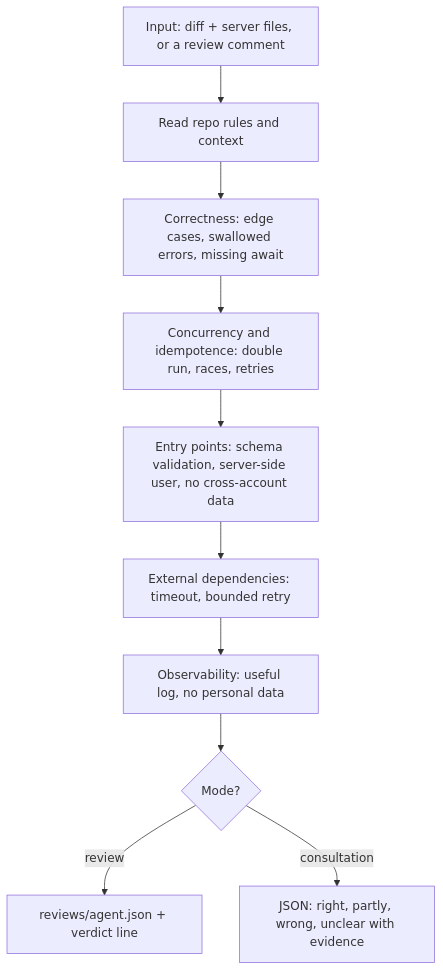
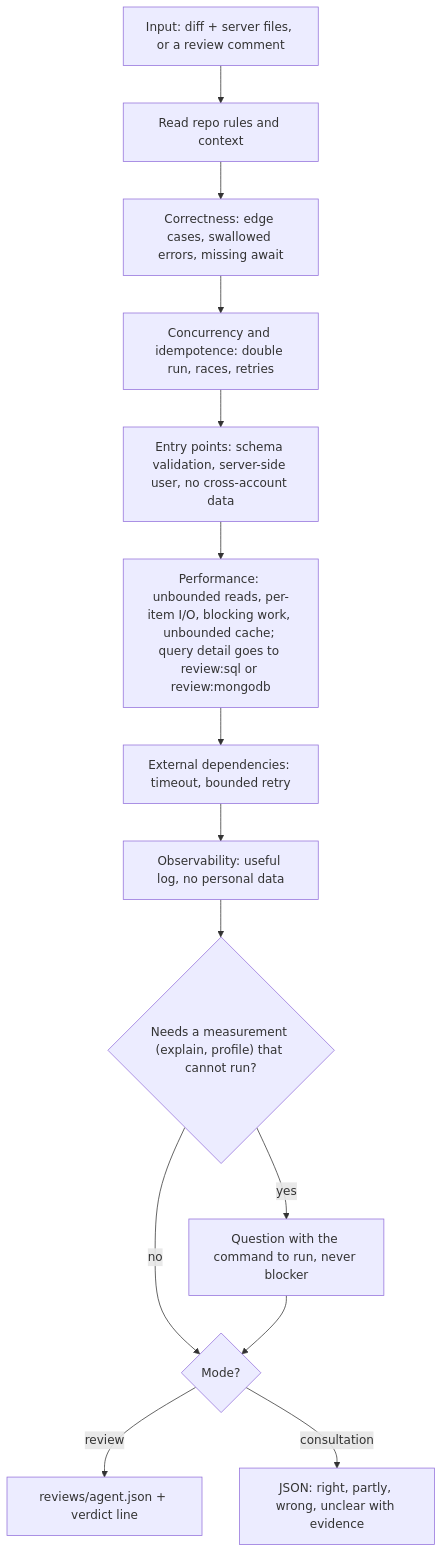
Before and after one commit to nicolasmondain/adorno: the second of 10 diagrams in src/agents/review/SCHEMA.md, drawn with Mermaid. The commit also changed other lines of this file and 718 other files, not shown here.

````diff
--- a/src/agents/review/SCHEMA.md
+++ b/src/agents/review/SCHEMA.md
@@ -20,12 +20,16 @@
 ```mermaid
 flowchart TD
   A["Input: diff + server files, or a review comment"] --> B["Read repo rules and context"]
   B --> C["Correctness: edge cases, swallowed errors, missing await"]
   C --> D["Concurrency and idempotence: double run, races, retries"]
   D --> E["Entry points: schema validation, server-side user, no cross-account data"]
-  E --> F["External dependencies: timeout, bounded retry"]
+  E --> K["Performance: unbounded reads, per-item I/O, blocking work, unbounded cache; query detail goes to review:sql or review:mongodb"]
+  K --> F["External dependencies: timeout, bounded retry"]
   F --> G["Observability: useful log, no personal data"]
-  G --> H{"Mode?"}
+  G --> P{"Needs a measurement (explain, profile) that cannot run?"}
+  P -->|"yes"| Q["Question with the command to run, never blocker"]
+  P -->|"no"| H{"Mode?"}
+  Q --> H
   H -->|"review"| I["reviews/agent.json + verdict line"]
   H -->|"consultation"| J["JSON: right, partly, wrong, unclear with evidence"]
 ```
````
